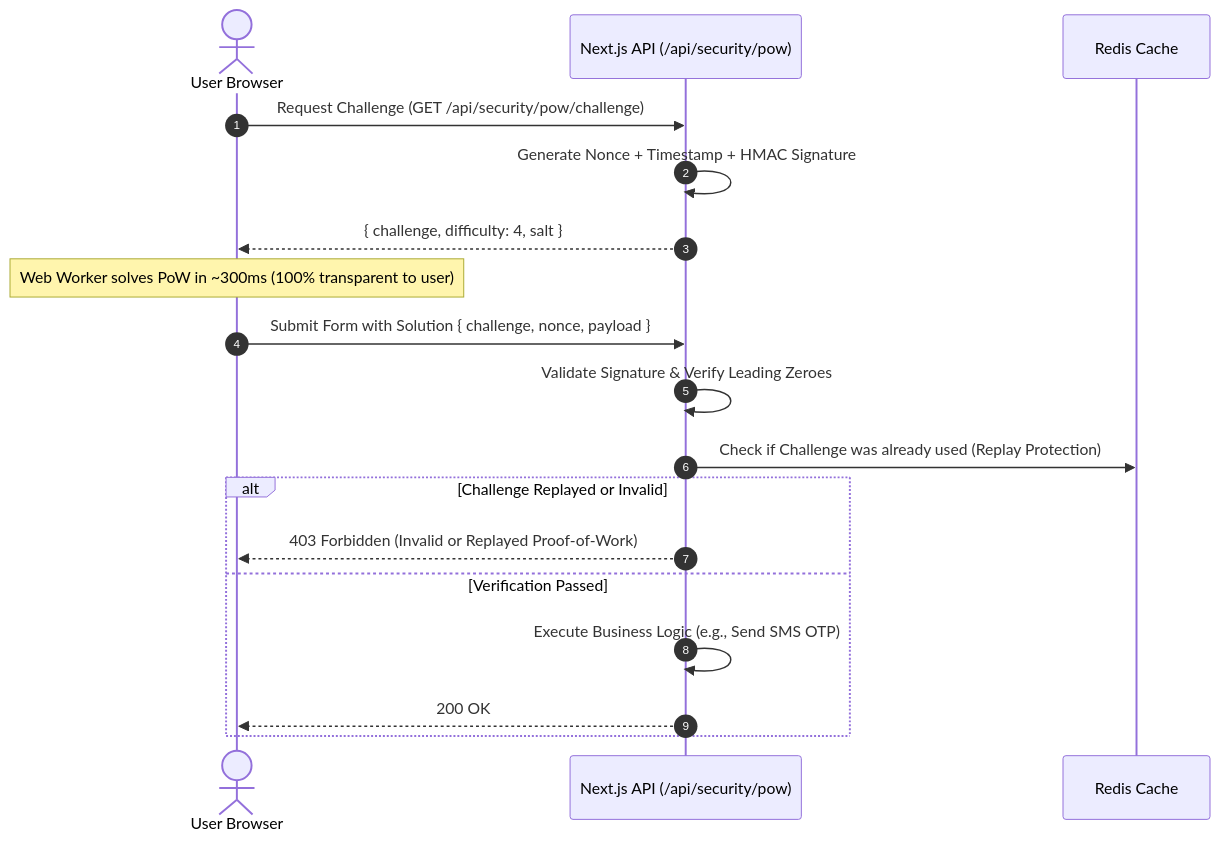
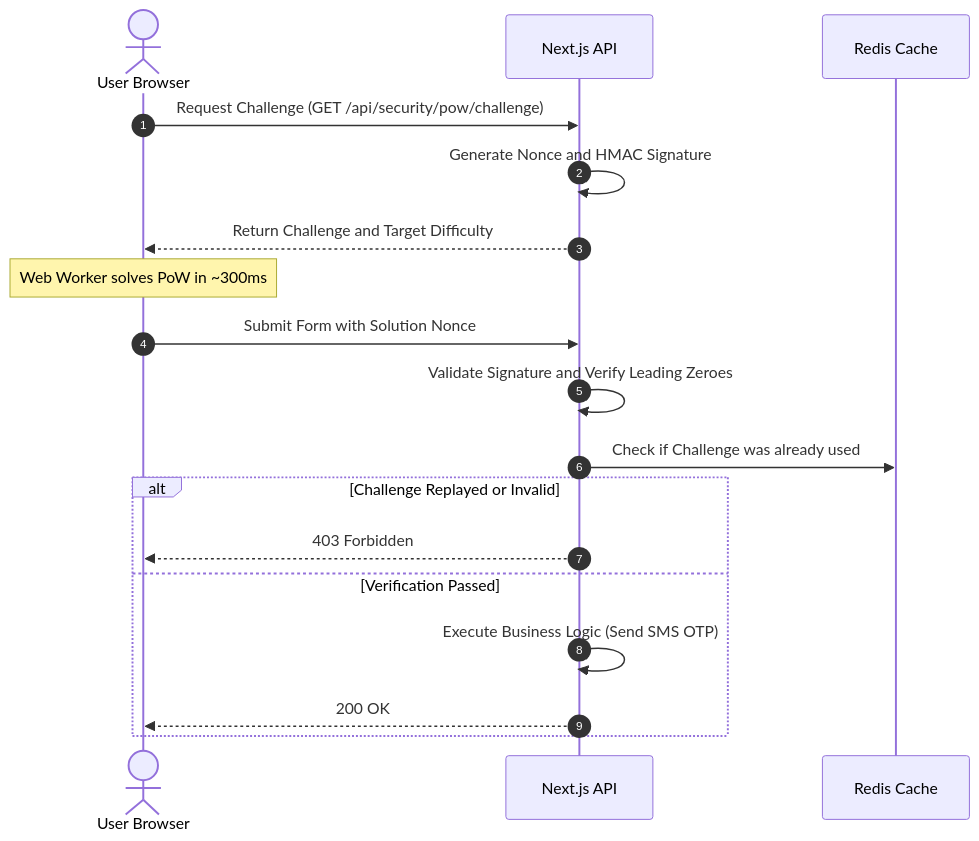
Before and after one commit to Mahdi-Soleimani/khodrekab: the diagram in docs/security.md, drawn with Mermaid. The commit also changed 4 other files, not shown here.

Commit message:
fix(docs): resolve Mermaid syntax errors and quote special characters in diagrams

````diff
--- a/docs/security.md
+++ b/docs/security.md
@@ -33,21 +33,21 @@
 ```mermaid
 sequenceDiagram
     autonumber
     actor Client as User Browser
-    participant Server as Next.js API (/api/security/pow)
+    participant Server as Next.js API
     participant Redis as Redis Cache
 
     Client->>Server: Request Challenge (GET /api/security/pow/challenge)
-    Server->>Server: Generate Nonce + Timestamp + HMAC Signature
-    Server-->>Client: { challenge, difficulty: 4, salt }
-    Note over Client: Web Worker solves PoW in ~300ms (100% transparent to user)
-    Client->>Server: Submit Form with Solution { challenge, nonce, payload }
-    Server->>Server: Validate Signature & Verify Leading Zeroes
-    Server->>Redis: Check if Challenge was already used (Replay Protection)
+    Server->>Server: Generate Nonce and HMAC Signature
+    Server-->>Client: Return Challenge and Target Difficulty
+    Note over Client: Web Worker solves PoW in ~300ms
+    Client->>Server: Submit Form with Solution Nonce
+    Server->>Server: Validate Signature and Verify Leading Zeroes
+    Server->>Redis: Check if Challenge was already used
     alt Challenge Replayed or Invalid
-        Server-->>Client: 403 Forbidden (Invalid or Replayed Proof-of-Work)
+        Server-->>Client: 403 Forbidden
     else Verification Passed
-        Server->>Server: Execute Business Logic (e.g., Send SMS OTP)
+        Server->>Server: Execute Business Logic (Send SMS OTP)
         Server-->>Client: 200 OK
     end
 ```
````
